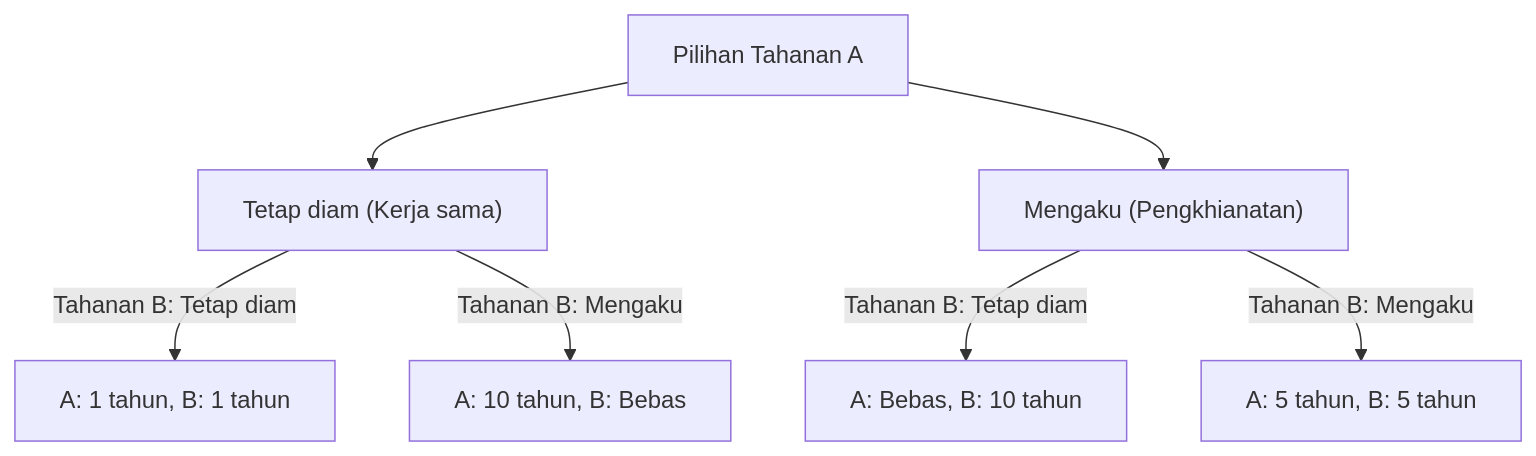
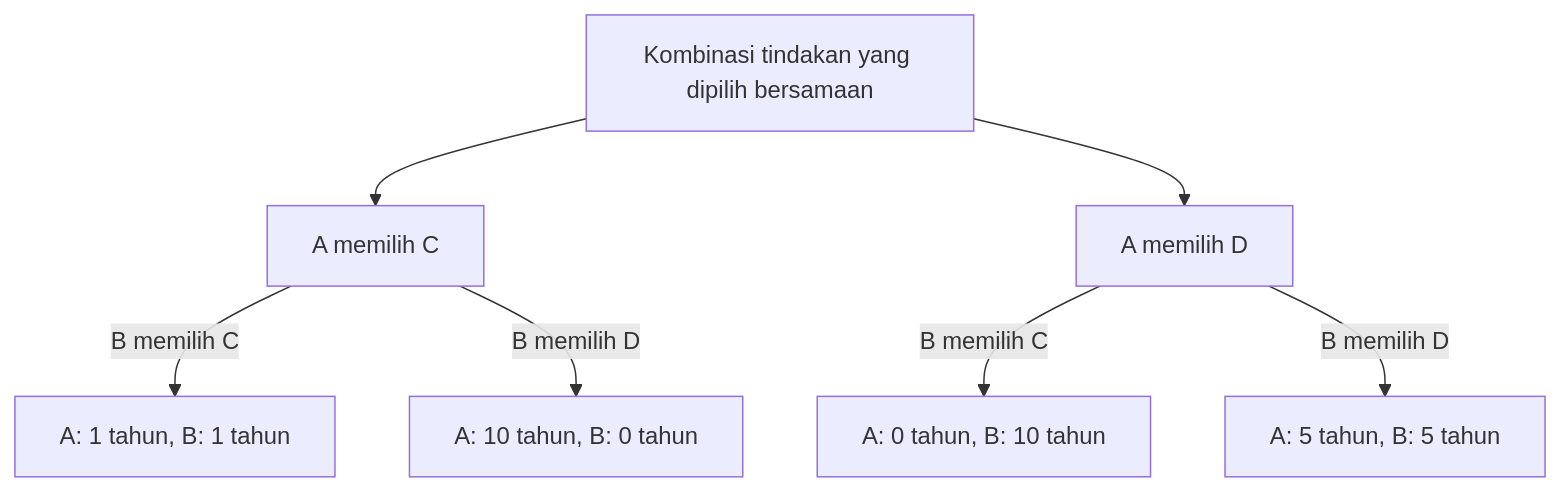
The first of 2 diagrams in content/post/paradox-prisoners-dilemma/index.id.md (kenjinote/blog), drawn with Mermaid before and after one commit. The commit also changed other lines of this file and 9 other files, not shown here.

````diff
--- a/content/post/paradox-prisoners-dilemma/index.id.md
+++ b/content/post/paradox-prisoners-dilemma/index.id.md
@@ -38,12 +35,9 @@
 ```mermaid
 graph TD
-    A["Pilihan Tahanan A"]
-    B["Tetap diam (Kerja sama)"]
-    C["Mengaku (Pengkhianatan)"]
-    A --> B
-    A --> C
-    B -- "Tahanan B: Tetap diam" --> D["A: 1 tahun, B: 1 tahun"]
-    B -- "Tahanan B: Mengaku" --> E["A: 10 tahun, B: Bebas"]
-    C -- "Tahanan B: Tetap diam" --> F["A: Bebas, B: 10 tahun"]
-    C -- "Tahanan B: Mengaku" --> G["A: 5 tahun, B: 5 tahun"]
+    Start["Kombinasi tindakan yang dipilih bersamaan"] --> AC["A memilih C"]
+    Start --> AD["A memilih D"]
+    AC -->|"B memilih C"| CC["A: 1 tahun, B: 1 tahun"]
+    AC -->|"B memilih D"| CD["A: 10 tahun, B: 0 tahun"]
+    AD -->|"B memilih C"| DC["A: 0 tahun, B: 10 tahun"]
+    AD -->|"B memilih D"| DD["A: 5 tahun, B: 5 tahun"]
 ```
````
